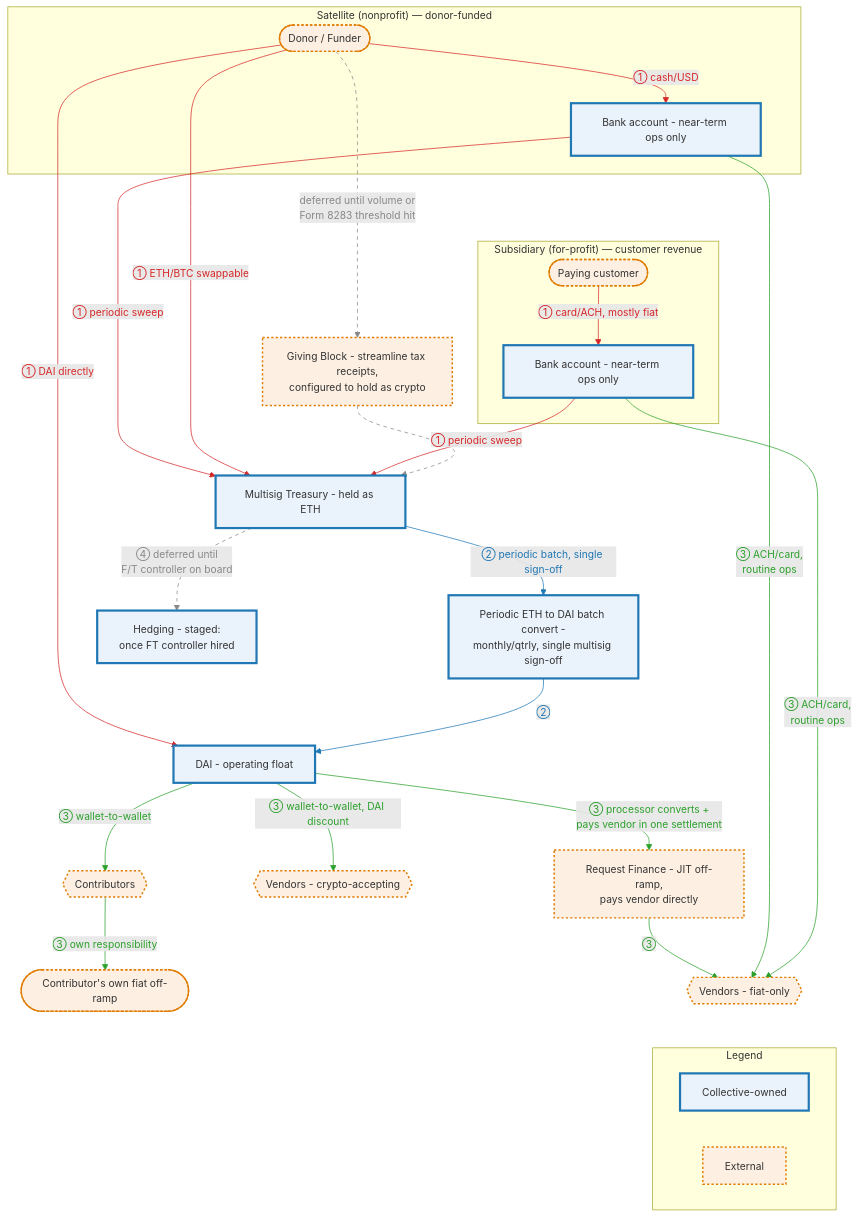
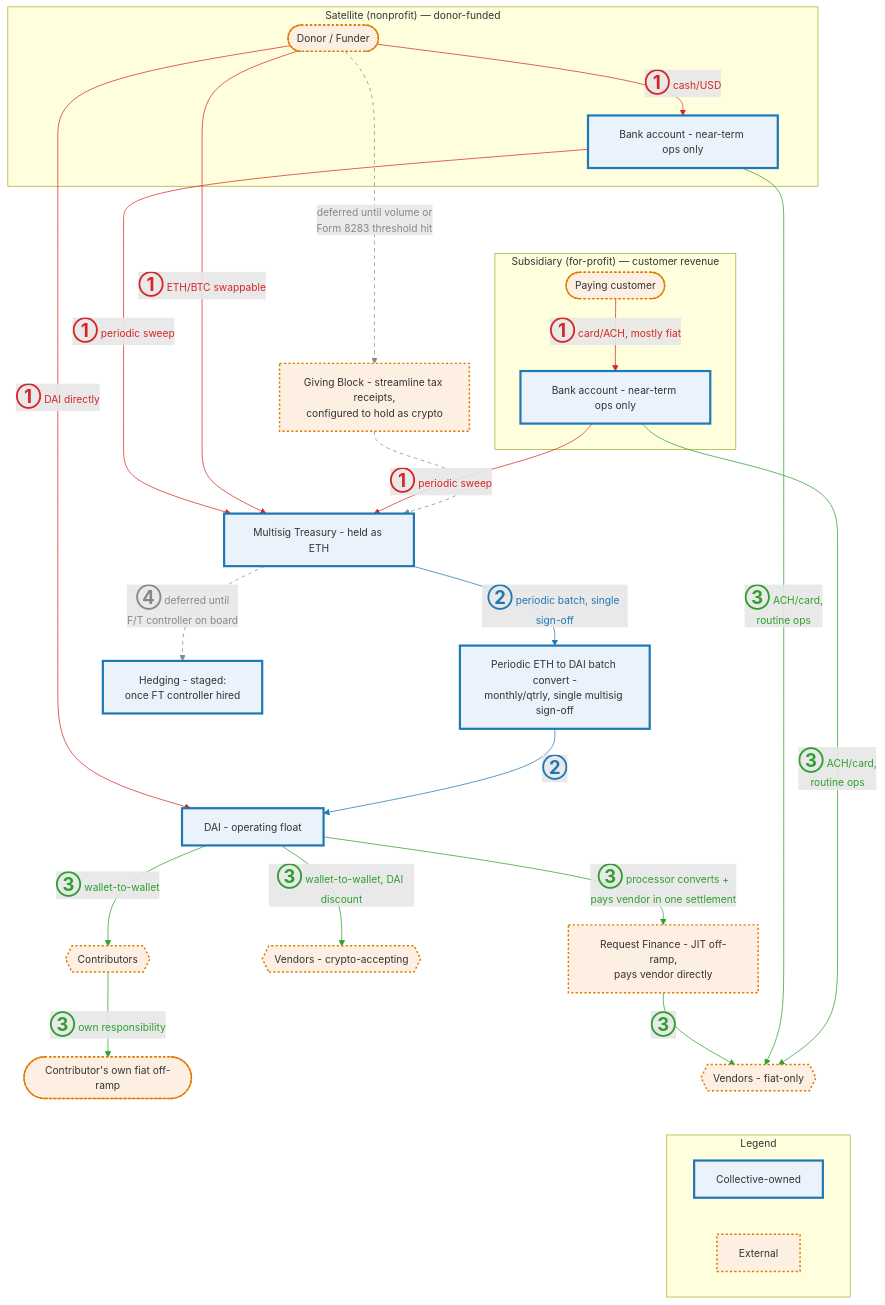
One commit to doikayt/admin changed the diagram in governance/diagrams/fund-flows.mmd. Above: the diagram before and after it, drawn with Mermaid. The commit also changed 3 other files, not shown here.

First line of the commit message:
docs: enlarge circled flow numbers in the DAI and fund-flows diagrams

```diff
--- a/governance/diagrams/fund-flows.mmd
+++ b/governance/diagrams/fund-flows.mmd
@@ -1,66 +1,66 @@
 %%{init: {"themeVariables": {"fontSize": "14px"}}}%%
 flowchart TD
     subgraph SAT["Satellite (nonprofit) — donor-funded"]
         Donor([Donor / Funder])
         SatBank[Bank account - near-term ops only]
     end
 
     subgraph SUB["Subsidiary (for-profit) — customer revenue"]
         Customer([Paying customer])
         SubBank[Bank account - near-term ops only]
     end
 
     DonationProcessor[Giving Block - streamline tax receipts,<br/>configured to hold as crypto]
     Treasury[Multisig Treasury - held as ETH]
     BatchConvert[Periodic ETH to DAI batch convert -<br/>monthly/qtrly, single multisig sign-off]
     DAIFloat[DAI - operating float]
     Contributors{{Contributors}}
     ContribOfframp([Contributor's own fiat off-ramp])
     VendorsCrypto{{Vendors - crypto-accepting}}
     OffRampJIT[Request Finance - JIT off-ramp,<br/>pays vendor directly]
     VendorsFiat{{Vendors - fiat-only}}
     Hedge[Hedging - staged:<br/>once FT controller hired]
 
     subgraph LEGEND["Legend"]
         L1[Collective-owned]
         L2[External]
     end
 
-    Donor -- "① cash/USD" --> SatBank
-    SatBank -- "① periodic sweep" --> Treasury
-    Donor -- "① DAI directly" --> DAIFloat
-    Donor -- "① ETH/BTC swappable" --> Treasury
-    Customer -- "① card/ACH, mostly fiat" --> SubBank
-    SubBank -- "① periodic sweep" --> Treasury
+    Donor -- "<b style='font-size:1.8em'>①</b> cash/USD" --> SatBank
+    SatBank -- "<b style='font-size:1.8em'>①</b> periodic sweep" --> Treasury
+    Donor -- "<b style='font-size:1.8em'>①</b> DAI directly" --> DAIFloat
+    Donor -- "<b style='font-size:1.8em'>①</b> ETH/BTC swappable" --> Treasury
+    Customer -- "<b style='font-size:1.8em'>①</b> card/ACH, mostly fiat" --> SubBank
+    SubBank -- "<b style='font-size:1.8em'>①</b> periodic sweep" --> Treasury
 
     Donor -.->|"deferred until volume or<br/>Form 8283 threshold hit"| DonationProcessor
 
-    Treasury -- "② periodic batch, single sign-off" --> BatchConvert
-    BatchConvert -- "②" --> DAIFloat
+    Treasury -- "<b style='font-size:1.8em'>②</b> periodic batch, single sign-off" --> BatchConvert
+    BatchConvert -- "<b style='font-size:1.8em'>②</b>" --> DAIFloat
 
-    DAIFloat -- "③ wallet-to-wallet" --> Contributors
-    Contributors -- "③ own responsibility" --> ContribOfframp
-    DAIFloat -- "③ wallet-to-wallet, DAI discount" --> VendorsCrypto
-    DAIFloat -- "③ processor converts +<br/>pays vendor in one settlement" --> OffRampJIT
-    OffRampJIT -- "③" --> VendorsFiat
-    SatBank -- "③ ACH/card,<br/>routine ops" --> VendorsFiat
-    SubBank -- "③ ACH/card,<br/>routine ops" --> VendorsFiat
+    DAIFloat -- "<b style='font-size:1.8em'>③</b> wallet-to-wallet" --> Contributors
+    Contributors -- "<b style='font-size:1.8em'>③</b> own responsibility" --> ContribOfframp
+    DAIFloat -- "<b style='font-size:1.8em'>③</b> wallet-to-wallet, DAI discount" --> VendorsCrypto
+    DAIFloat -- "<b style='font-size:1.8em'>③</b> processor converts +<br/>pays vendor in one settlement" --> OffRampJIT
+    OffRampJIT -- "<b style='font-size:1.8em'>③</b>" --> VendorsFiat
+    SatBank -- "<b style='font-size:1.8em'>③</b> ACH/card,<br/>routine ops" --> VendorsFiat
+    SubBank -- "<b style='font-size:1.8em'>③</b> ACH/card,<br/>routine ops" --> VendorsFiat
 
-    Treasury -.->|"④ deferred until<br/>F/T controller on board"| Hedge
+    Treasury -.->|"<b style='font-size:1.8em'>④</b> deferred until<br/>F/T controller on board"| Hedge
 
     SatBank ~~~ Customer
     VendorsFiat ~~~ LEGEND
     DonationProcessor -.-> Treasury
 
     linkStyle 0,1,2,3,4,5 stroke:#d62728,color:#d62728
     linkStyle 7,8 stroke:#1f77b4,color:#1f77b4
     linkStyle 9,10,11,12,13,14,15 stroke:#2ca02c,color:#2ca02c
     linkStyle 6,16,19 stroke:#888888,color:#888888,stroke-dasharray: 5 5
 
     classDef owned fill:#eaf2fb,stroke:#1f77b4,stroke-width:3px
     classDef external fill:#fdf0e3,stroke:#e07b00,stroke-width:2px,stroke-dasharray:3 3
     class L1 owned
     class L2 external
     class Treasury,SatBank,SubBank,BatchConvert,DAIFloat,Hedge owned
     class Donor,DonationProcessor,Customer,Contributors,ContribOfframp external
     class VendorsCrypto,OffRampJIT,VendorsFiat external
```
